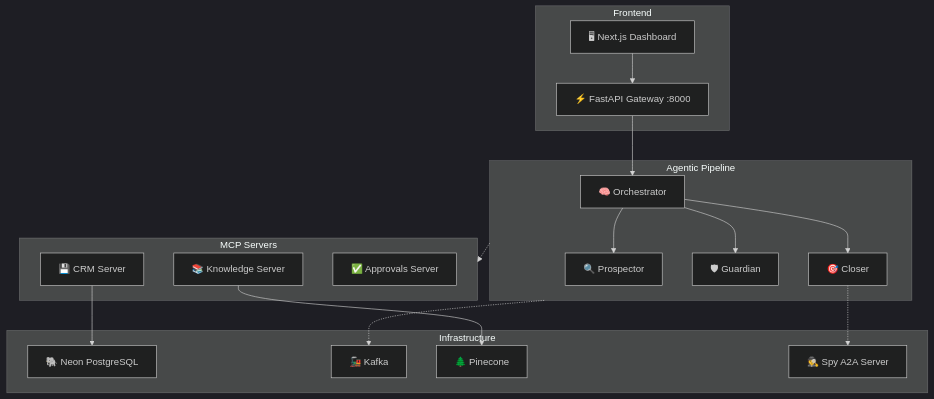
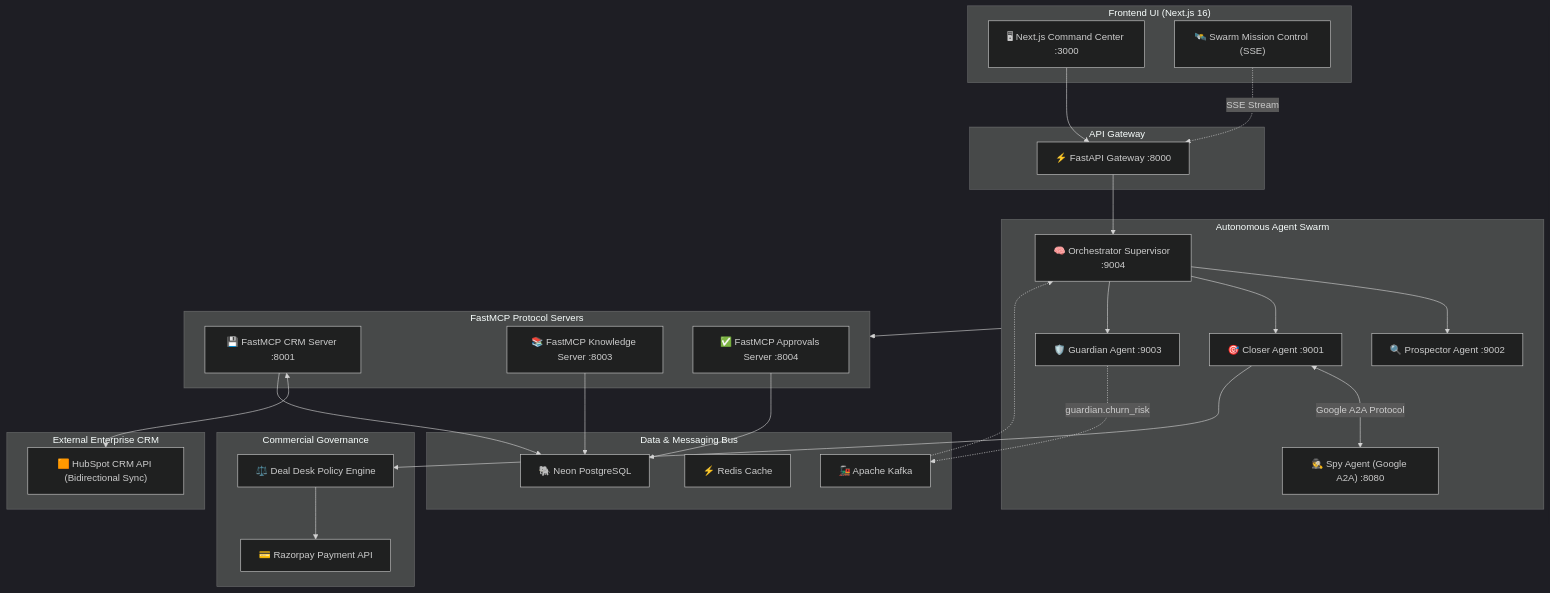
One commit to Yugansh5013/OmniSales changed the diagram in README.md. Above: the diagram before and after it, drawn with Mermaid (dark theme). The commit also changed other lines of this file and 18 other files, not shown here.

Commit message:
docs: comprehensive modular documentation library & architecture blueprint

````diff
--- a/README.md
+++ b/README.md
@@ -60,28 +60,57 @@
 ```mermaid
 flowchart TD
-    subgraph Frontend
-        UI["🖥 Next.js Dashboard"] --> GW["⚡ FastAPI Gateway :8000"]
+    subgraph Frontend ["Frontend UI (Next.js 16)"]
+        UI["🖥 Next.js Command Center :3000"]
+        MC["🛰️ Swarm Mission Control (SSE)"]
     end
-    subgraph Agents ["Agentic Pipeline"]
-        ORC["🧠 Orchestrator"] --> CL["🎯 Closer"]
-        ORC --> PR["🔍 Prospector"]
-        ORC --> GR["🛡 Guardian"]
+
+    subgraph Gateway ["API Gateway"]
+        GW["⚡ FastAPI Gateway :8000"]
     end
-    subgraph MCP ["MCP Servers"]
-        CRM["💾 CRM Server"] 
-        KNW["📚 Knowledge Server"]
-        APR["✅ Approvals Server"]
+
+    subgraph Agents ["Autonomous Agent Swarm"]
+        ORC["🧠 Orchestrator Supervisor :9004"]
+        PR["🔍 Prospector Agent :9002"]
+        CL["🎯 Closer Agent :9001"]
+        GR["🛡️ Guardian Agent :9003"]
+        SPY["🕵️ Spy Agent (Google A2A) :8080"]
     end
-    subgraph Infra ["Infrastructure"]
+
+    subgraph Governance ["Commercial Governance"]
+        DD["⚖️ Deal Desk Policy Engine"]
+        RZ["💳 Razorpay Payment API"]
+    end
+
+    subgraph MCP ["FastMCP Protocol Servers"]
+        CRM["💾 FastMCP CRM Server :8001"] 
+        KNW["📚 FastMCP Knowledge Server :8003"]
+        APR["✅ FastMCP Approvals Server :8004"]
+    end
+
+    subgraph External ["External Enterprise CRM"]
+        HS["🟧 HubSpot CRM API (Bidirectional Sync)"]
+    end
+
+    subgraph Storage ["Data & Messaging Bus"]
         NEON["🐘 Neon PostgreSQL"]
-        KFK["🚂 Kafka"]
-        PC["🌲 Pinecone"]
-        SPY["🕵 Spy A2A Server"]
+        REDIS["⚡ Redis Cache"]
+        KFK["🚂 Apache Kafka"]
     end
+
+    UI --> GW
+    MC -.->|SSE Stream| GW
     GW --> ORC
-    Agents -.-> MCP
+    ORC --> PR
+    ORC --> CL
+    ORC --> GR
+    CL <-->|Google A2A Protocol| SPY
+    CL --> DD
+    DD --> RZ
+    Agents --> MCP
+    CRM <--> HS
     CRM --> NEON
-    KNW --> PC
-    Agents -.-> KFK
-    CL -.-> SPY
+    KNW --> NEON
+    APR --> NEON
+    GR -.->|guardian.churn_risk| KFK
+    KFK -.-> ORC
 ```
````
